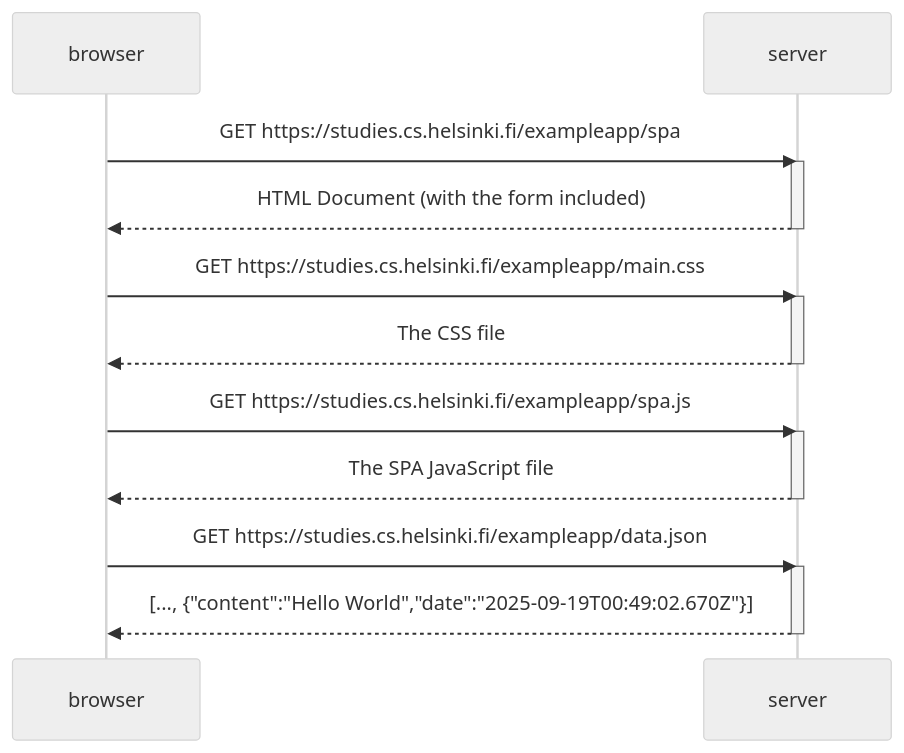
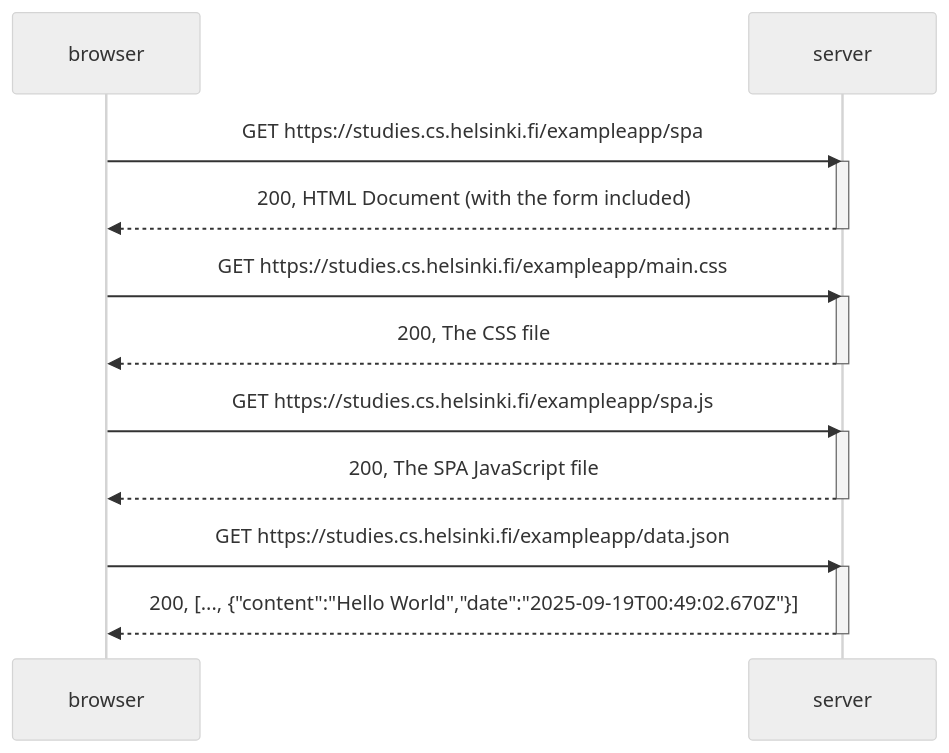
One commit to ValenButtignol/fullstack-course changed the diagram in part0/05-getSPASequenceDiagram.mmd. Above: the diagram before and after it, drawn with Mermaid (neutral theme).

Commit message:
Add code responses to Exersise 0.5

```diff
--- a/part0/05-getSPASequenceDiagram.mmd
+++ b/part0/05-getSPASequenceDiagram.mmd
@@ -1,23 +1,23 @@
 sequenceDiagram
     participant browser
     participant server
     
     browser->>server: GET https://studies.cs.helsinki.fi/exampleapp/spa
     activate server
-    server-->>browser: HTML Document (with the form included)
+    server-->>browser: 200, HTML Document (with the form included)
     deactivate server
 
     browser->>server: GET https://studies.cs.helsinki.fi/exampleapp/main.css
     activate server
-    server-->>browser: The CSS file
+    server-->>browser: 200, The CSS file
     deactivate server
 
     browser->>server: GET https://studies.cs.helsinki.fi/exampleapp/spa.js
     activate server
-    server-->>browser: The SPA JavaScript file
+    server-->>browser: 200, The SPA JavaScript file
     deactivate server
 
     browser->>server: GET https://studies.cs.helsinki.fi/exampleapp/data.json
     activate server
-    server-->>browser: [..., {"content":"Hello World","date":"2025-09-19T00:49:02.670Z"}]
+    server-->>browser: 200, [..., {"content":"Hello World","date":"2025-09-19T00:49:02.670Z"}]
     deactivate server
```
